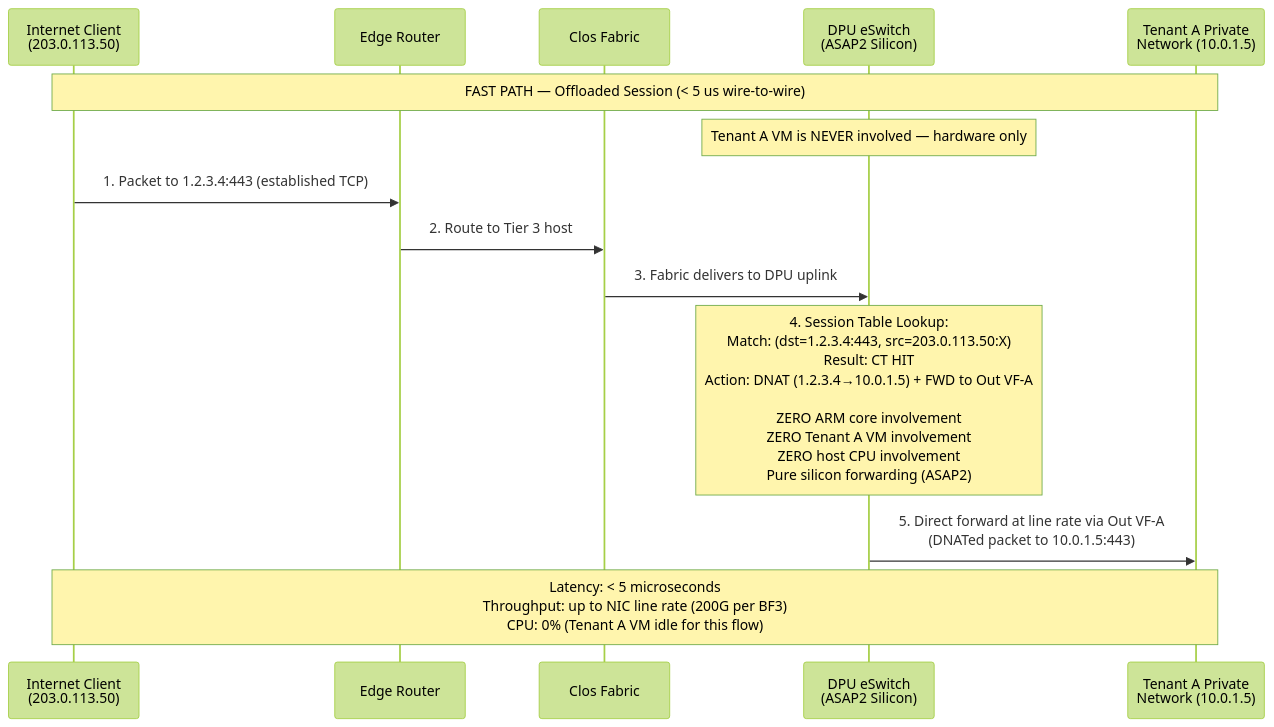
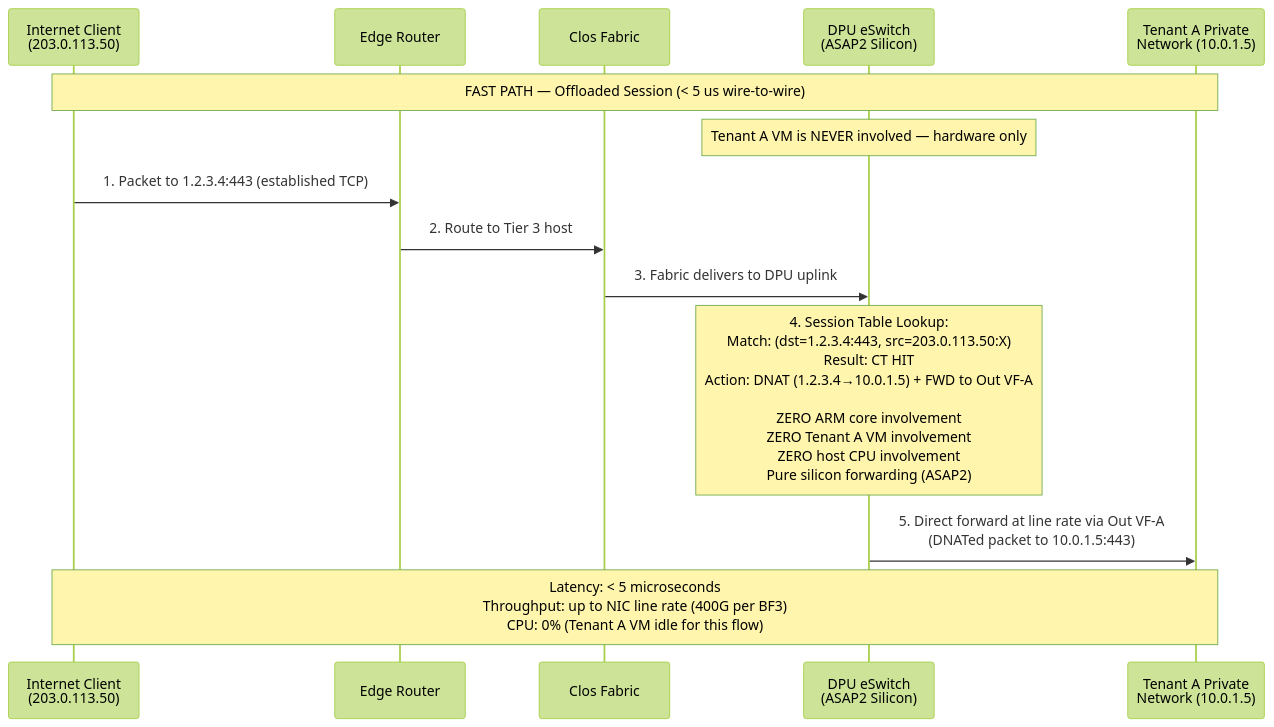
Before and after one commit to mara-baysn/technicolor-haze-prism: the second of 11 diagrams in docs/ARCHITECTURE.md, drawn with Mermaid (forest theme). The commit also changed other lines of this file, not shown here.

Commit message:
fix: correct BF3 speed to 2x200G QSFP112 (400 Gbps line rate)

````diff
--- a/docs/ARCHITECTURE.md
+++ b/docs/ARCHITECTURE.md
@@ -203,21 +203,21 @@
 ```mermaid
 sequenceDiagram
     participant INT as Internet Client<br/>(203.0.113.50)
     participant EDGE as Edge Router
     participant FAB as Clos Fabric
     participant ESW as DPU eSwitch<br/>(ASAP2 Silicon)
     participant TNET as Tenant A Private<br/>Network (10.0.1.5)
 
     Note over INT,TNET: FAST PATH — Offloaded Session (< 5 us wire-to-wire)
     Note over ESW: Tenant A VM is NEVER involved — hardware only
 
     INT->>EDGE: 1. Packet to 1.2.3.4:443 (established TCP)
     EDGE->>FAB: 2. Route to Tier 3 host
     FAB->>ESW: 3. Fabric delivers to DPU uplink
 
     Note over ESW: 4. Session Table Lookup:<br/>Match: (dst=1.2.3.4:443, src=203.0.113.50:X)<br/>Result: CT HIT<br/>Action: DNAT (1.2.3.4→10.0.1.5) + FWD to Out VF-A<br/><br/>ZERO ARM core involvement<br/>ZERO Tenant A VM involvement<br/>ZERO host CPU involvement<br/>Pure silicon forwarding (ASAP2)
 
     ESW->>TNET: 5. Direct forward at line rate via Out VF-A<br/>(DNATed packet to 10.0.1.5:443)
 
-    Note over INT,TNET: Latency: < 5 microseconds<br/>Throughput: up to NIC line rate (200G per BF3)<br/>CPU: 0% (Tenant A VM idle for this flow)
+    Note over INT,TNET: Latency: < 5 microseconds<br/>Throughput: up to NIC line rate (400G per BF3)<br/>CPU: 0% (Tenant A VM idle for this flow)
 ```
````
